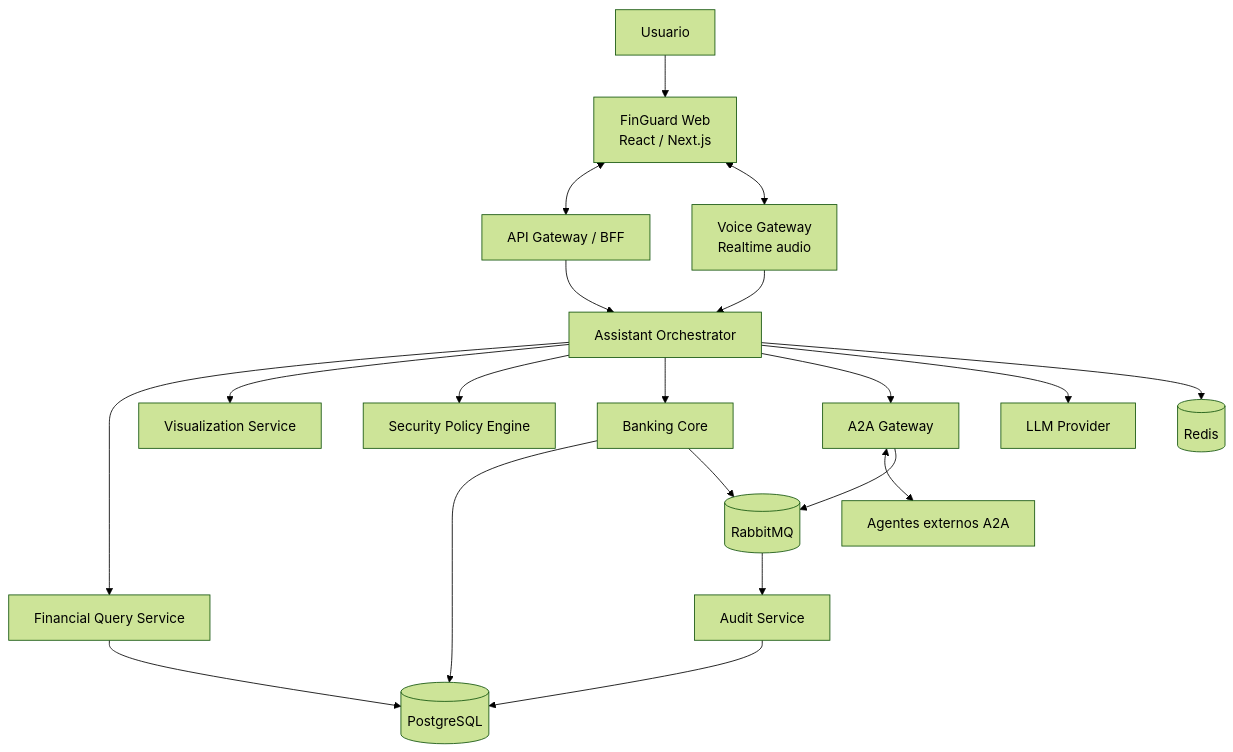
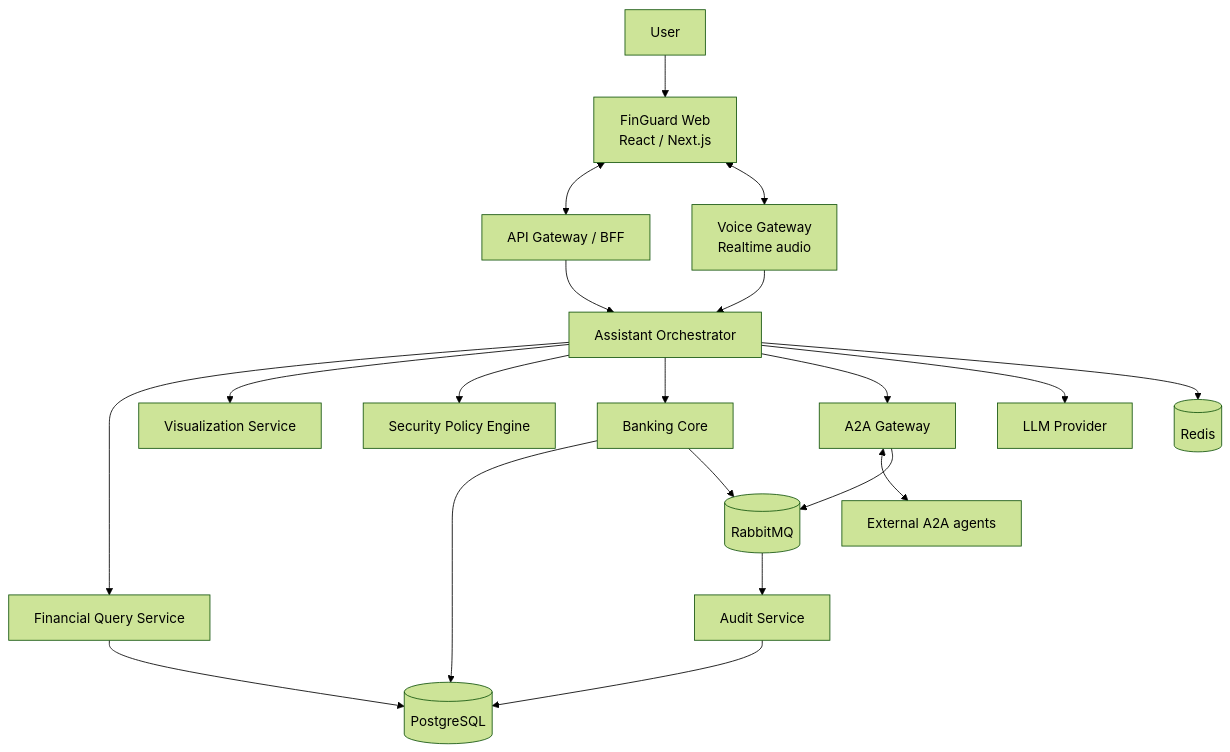
One commit to adrianoggm/FinGuard changed the first of 4 diagrams in docs/vision.md. Above: the diagram before and after it, drawn with Mermaid (forest theme). The commit also changed other lines of this file and 8 other files, not shown here.

````diff
--- a/docs/vision.md
+++ b/docs/vision.md
@@ -228,49 +228,49 @@
 ```mermaid
 flowchart TB
-    USER[Usuario]
+    USER[User]
 
     WEB[FinGuard Web<br/>React / Next.js]
     VOICE[Voice Gateway<br/>Realtime audio]
     API[API Gateway / BFF]
 
     ORCH[Assistant Orchestrator]
     QUERY[Financial Query Service]
     VIS[Visualization Service]
     POLICY[Security Policy Engine]
     A2A[A2A Gateway]
 
     BANK[Banking Core]
     AUDIT[Audit Service]
 
     PG[(PostgreSQL)]
     REDIS[(Redis)]
     BROKER[(RabbitMQ)]
 
     LLM[LLM Provider]
-    EXTERNAL[Agentes externos A2A]
+    EXTERNAL[External A2A agents]
 
     USER --> WEB
     WEB <--> API
     WEB <--> VOICE
 
     API --> ORCH
     VOICE --> ORCH
 
     ORCH --> QUERY
     ORCH --> VIS
     ORCH --> POLICY
     ORCH --> BANK
     ORCH --> A2A
     ORCH --> LLM
 
     A2A <--> EXTERNAL
 
     BANK --> PG
     QUERY --> PG
     ORCH --> REDIS
 
     BANK --> BROKER
     A2A --> BROKER
     BROKER --> AUDIT
     AUDIT --> PG
 ```
````
